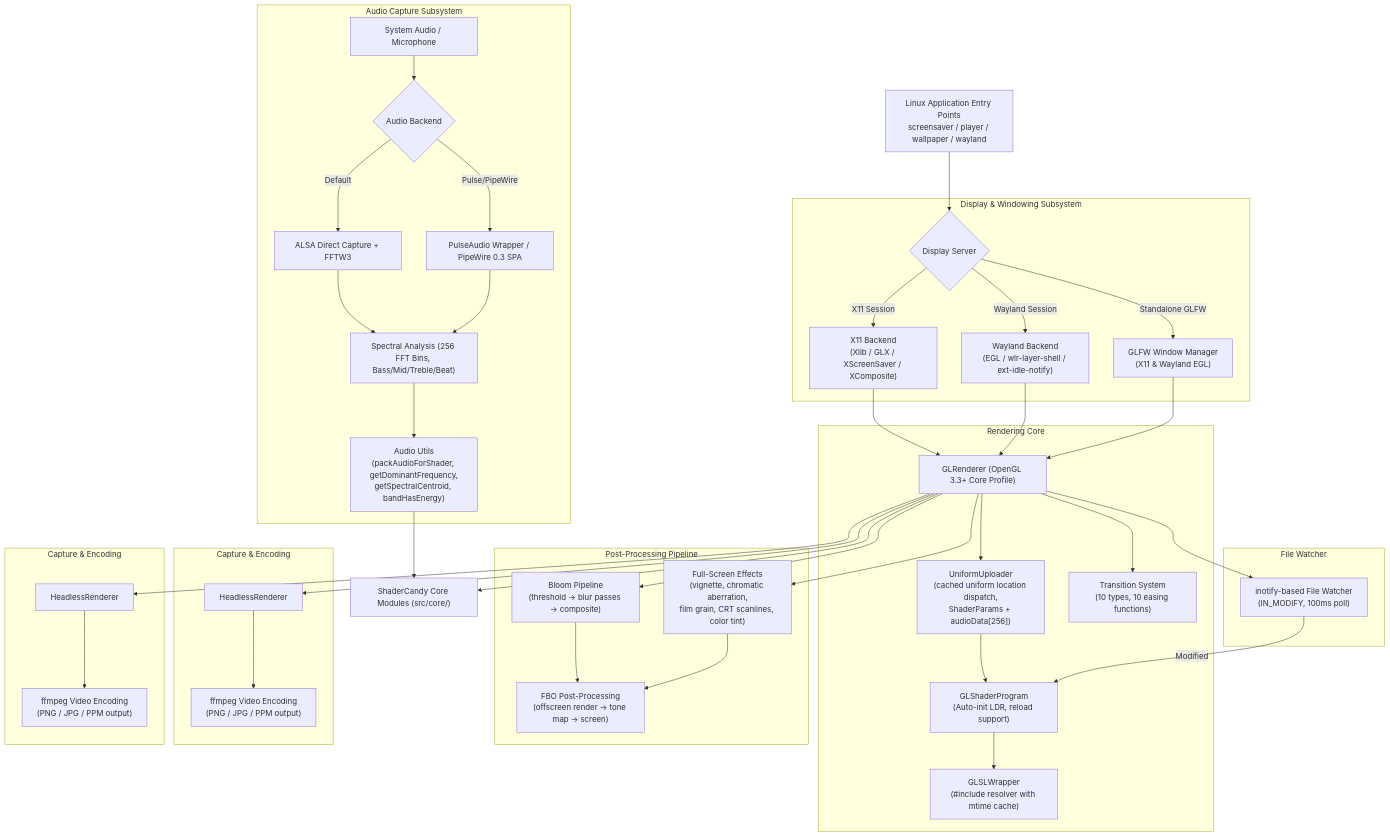
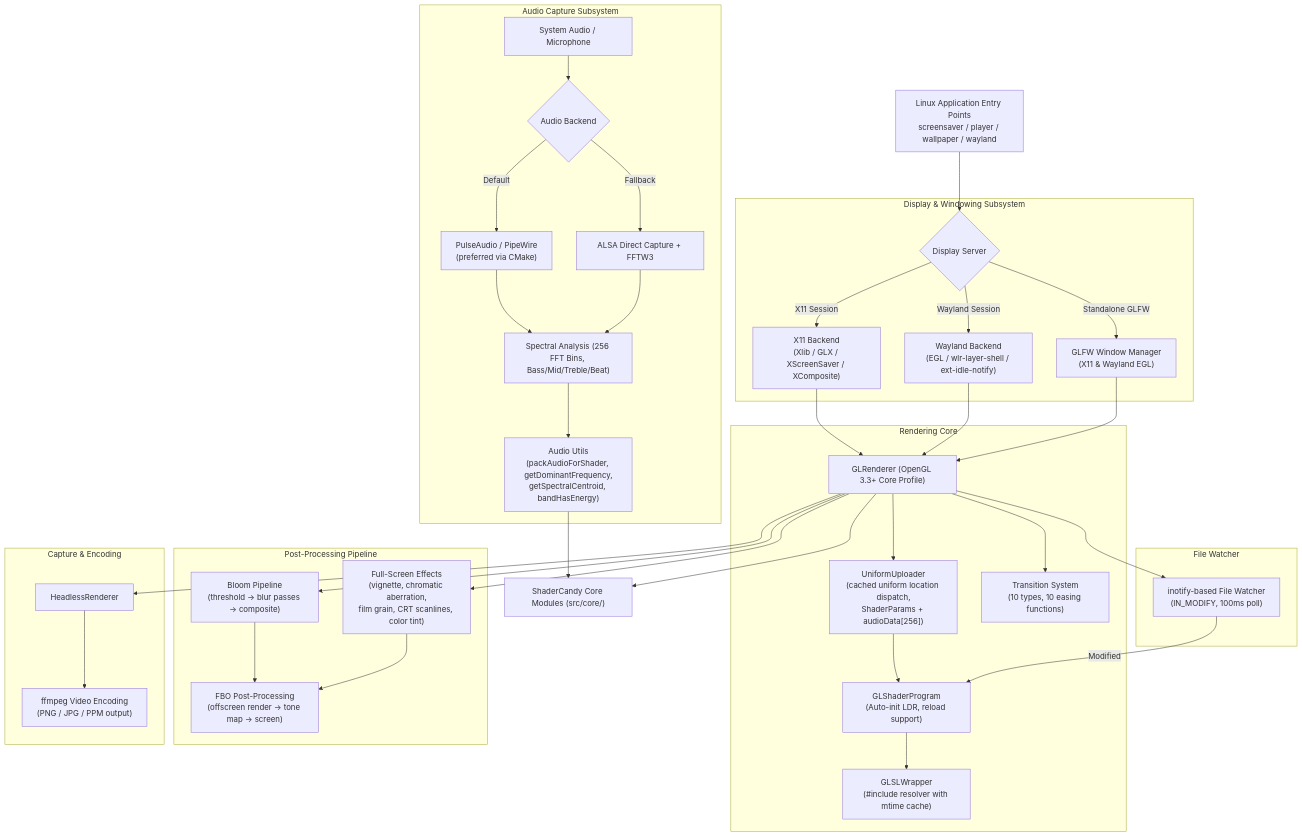
Before and after one commit to 23skdu/ShaderCandy: the diagram in docs/LinuxFeatures.md, drawn with Mermaid. The commit also changed 6 other files, not shown here.

First line of the commit message:
docs: update all documentation — fix test counts, remove outdated info, add mermaid diagrams

````diff
--- a/docs/LinuxFeatures.md
+++ b/docs/LinuxFeatures.md
@@ -11,50 +11,45 @@
 ```mermaid
 flowchart TD
     App[Linux Application Entry Points\nscreensaver / player / wallpaper / wayland] --> DisplaySelect{Display Server}
 
     subgraph "Display & Windowing Subsystem"
         DisplaySelect -->|X11 Session| X11["X11 Backend\n(Xlib / GLX / XScreenSaver / XComposite)"]
         DisplaySelect -->|Wayland Session| WL["Wayland Backend\n(EGL / wlr-layer-shell / ext-idle-notify)"]
         DisplaySelect -->|Standalone GLFW| GLFW["GLFW Window Manager\n(X11 & Wayland EGL)"]
     end
 
     subgraph "Rendering Core"
         X11 & WL & GLFW --> GL["GLRenderer (OpenGL 3.3+ Core Profile)"]
         GL --> UL["UniformUploader\n(cached uniform location dispatch,\nShaderParams + audioData[256])"]
         UL --> Prog["GLShaderProgram\n(Auto-init LDR, reload support)"]
         Prog --> GLSL["GLSLWrapper\n(#include resolver with mtime cache)"]
         GL --> Trans["Transition System\n(10 types, 10 easing functions)"]
     end
 
     subgraph "Post-Processing Pipeline"
         GL --> Bloom["Bloom Pipeline\n(threshold → blur passes → composite)"]
         Bloom --> FBO["FBO Post-Processing\n(offscreen render → tone map → screen)"]
         GL --> PP["Full-Screen Effects\n(vignette, chromatic aberration,\nfilm grain, CRT scanlines, color tint)"]
         PP --> FBO
     end
 
     subgraph "File Watcher"
         GL --> Watcher["inotify-based File Watcher\n(IN_MODIFY, 100ms poll)"]
         Watcher -->|Modified| Prog
     end
 
     subgraph "Capture & Encoding"
         GL --> HR["HeadlessRenderer"]
         HR --> Ffmpeg["ffmpeg Video Encoding\n(PNG / JPG / PPM output)"]
     end
 
-    subgraph "Capture & Encoding"
-        GL --> HR2["HeadlessRenderer"]
-        HR2 --> Ffmpeg2["ffmpeg Video Encoding\n(PNG / JPG / PPM output)"]
-    end
-
     subgraph "Audio Capture Subsystem"
         Audio["System Audio / Microphone"] --> AudioChoice{Audio Backend}
-        AudioChoice -->|Default| ALSA["ALSA Direct Capture + FFTW3"]
-        AudioChoice -->|Pulse/PipeWire| PW["PulseAudio Wrapper / PipeWire 0.3 SPA"]
-        ALSA & PW --> FFT["Spectral Analysis (256 FFT Bins, Bass/Mid/Treble/Beat)"]
+        AudioChoice -->|Default| PW["PulseAudio / PipeWire\n(preferred via CMake)"]
+        AudioChoice -->|Fallback| ALSA["ALSA Direct Capture + FFTW3"]
+        PW & ALSA --> FFT["Spectral Analysis (256 FFT Bins, Bass/Mid/Treble/Beat)"]
         FFT --> AU["Audio Utils\n(packAudioForShader, getDominantFrequency,\ngetSpectralCentroid, bandHasEnergy)"]
     end
 
     GL & AU --> Core["ShaderCandy Core Modules (src/core/)"]
 ```
````
